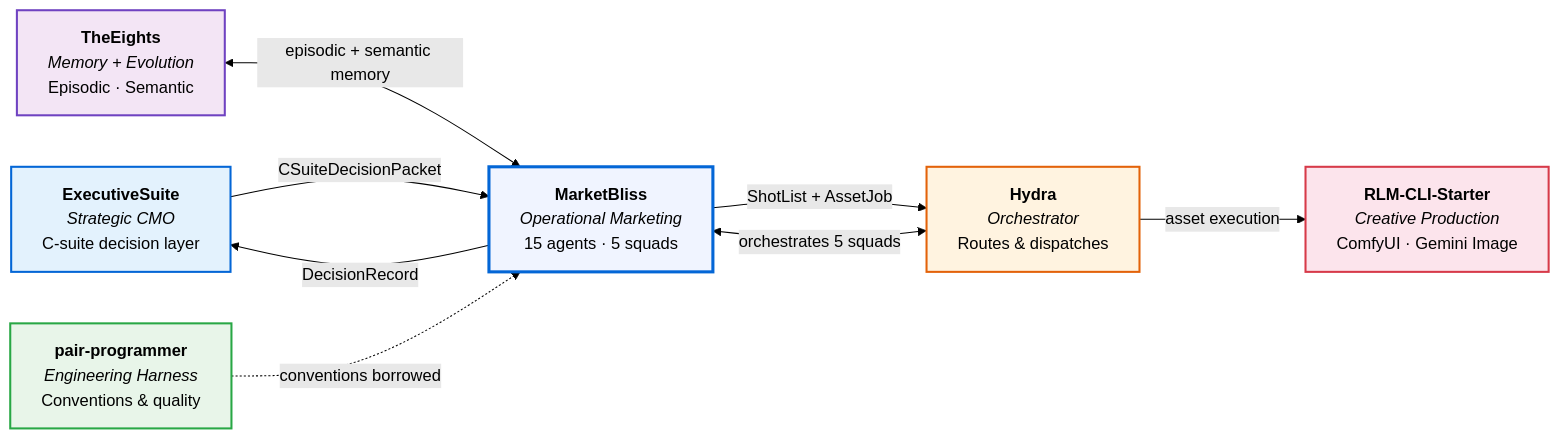
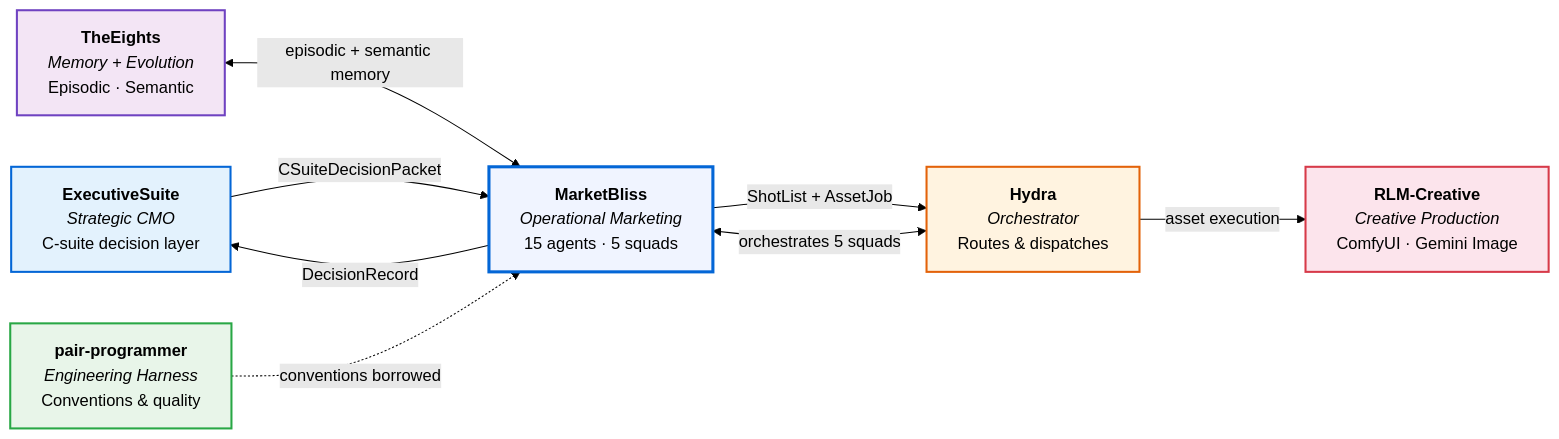
The second of 3 diagrams in README.md (lebobo88/MarketBliss), drawn with Mermaid (forest theme) before and after one commit. The commit also changed other lines of this file and 3 other files, not shown here.

First line of the commit message:
Rename RLM-CLI-Starter to RLM-Creative across all documentation

````diff
--- a/README.md
+++ b/README.md
@@ -103,24 +103,24 @@
 ```mermaid
 graph LR
     ES["<b>ExecutiveSuite</b><br/><i>Strategic CMO</i><br/>C-suite decision layer"]
     MB["<b>MarketBliss</b><br/><i>Operational Marketing</i><br/>15 agents · 5 squads"]
     HY["<b>Hydra</b><br/><i>Orchestrator</i><br/>Routes & dispatches"]
     TE["<b>TheEights</b><br/><i>Memory + Evolution</i><br/>Episodic · Semantic"]
-    RLM["<b>RLM-CLI-Starter</b><br/><i>Creative Production</i><br/>ComfyUI · Gemini Image"]
+    RLM["<b>RLM-Creative</b><br/><i>Creative Production</i><br/>ComfyUI · Gemini Image"]
     PP["<b>pair-programmer</b><br/><i>Engineering Harness</i><br/>Conventions & quality"]
 
     ES -->|"CSuiteDecisionPacket"| MB
     MB -->|"DecisionRecord"| ES
     HY <-->|"orchestrates 5 squads"| MB
     MB -->|"ShotList + AssetJob"| HY
     HY -->|"asset execution"| RLM
     TE <-->|"episodic + semantic memory"| MB
     PP -.->|"conventions borrowed"| MB
 
     style ES fill:#e3f2fd,stroke:#0366d6,stroke-width:2px
     style MB fill:#f0f4ff,stroke:#0366d6,stroke-width:3px
     style HY fill:#fff3e0,stroke:#e36209,stroke-width:2px
     style TE fill:#f3e5f5,stroke:#6f42c1,stroke-width:2px
     style RLM fill:#fce4ec,stroke:#d73a49,stroke-width:2px
     style PP fill:#e8f5e9,stroke:#28a745,stroke-width:2px
 ```
````
